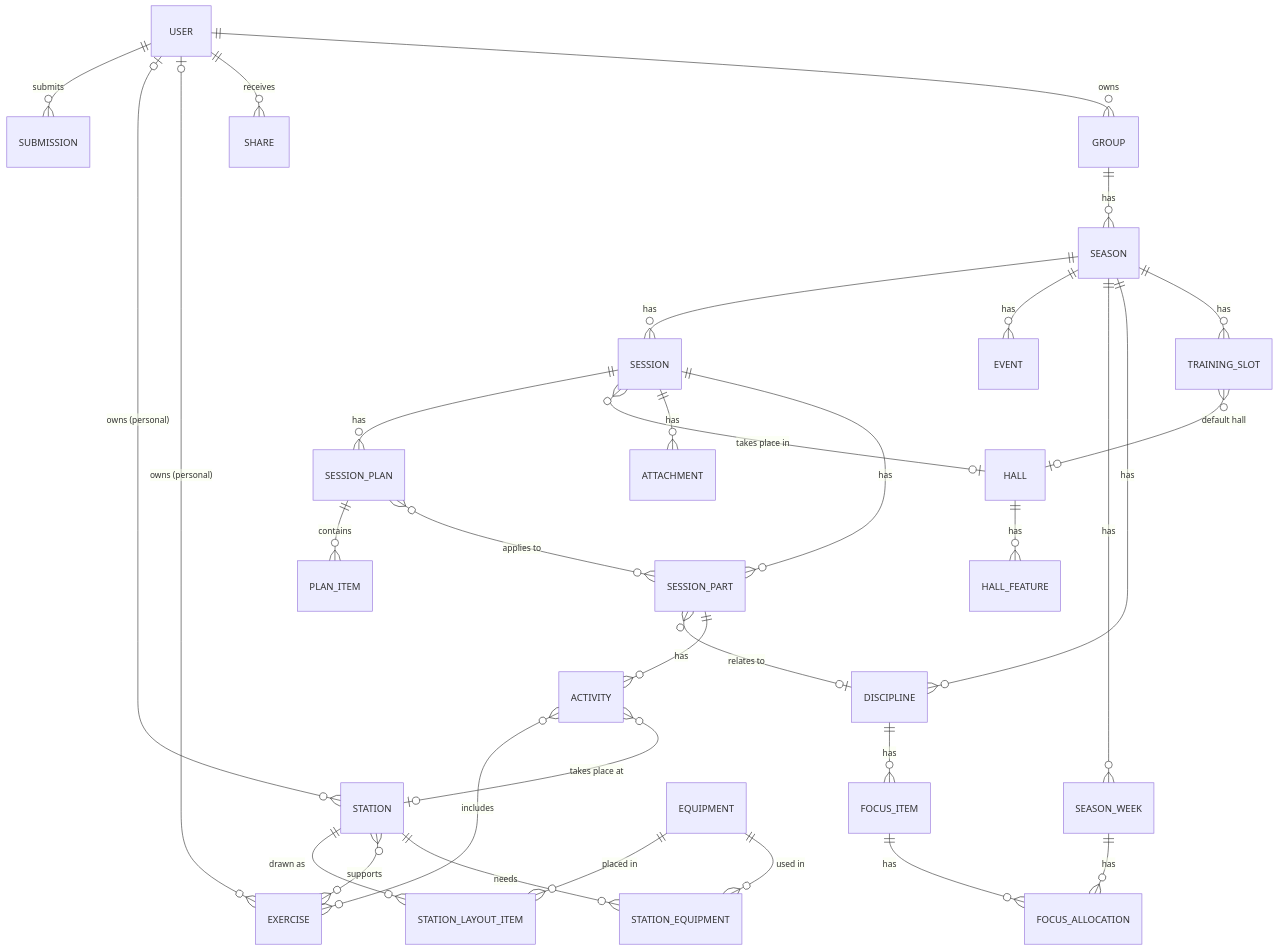
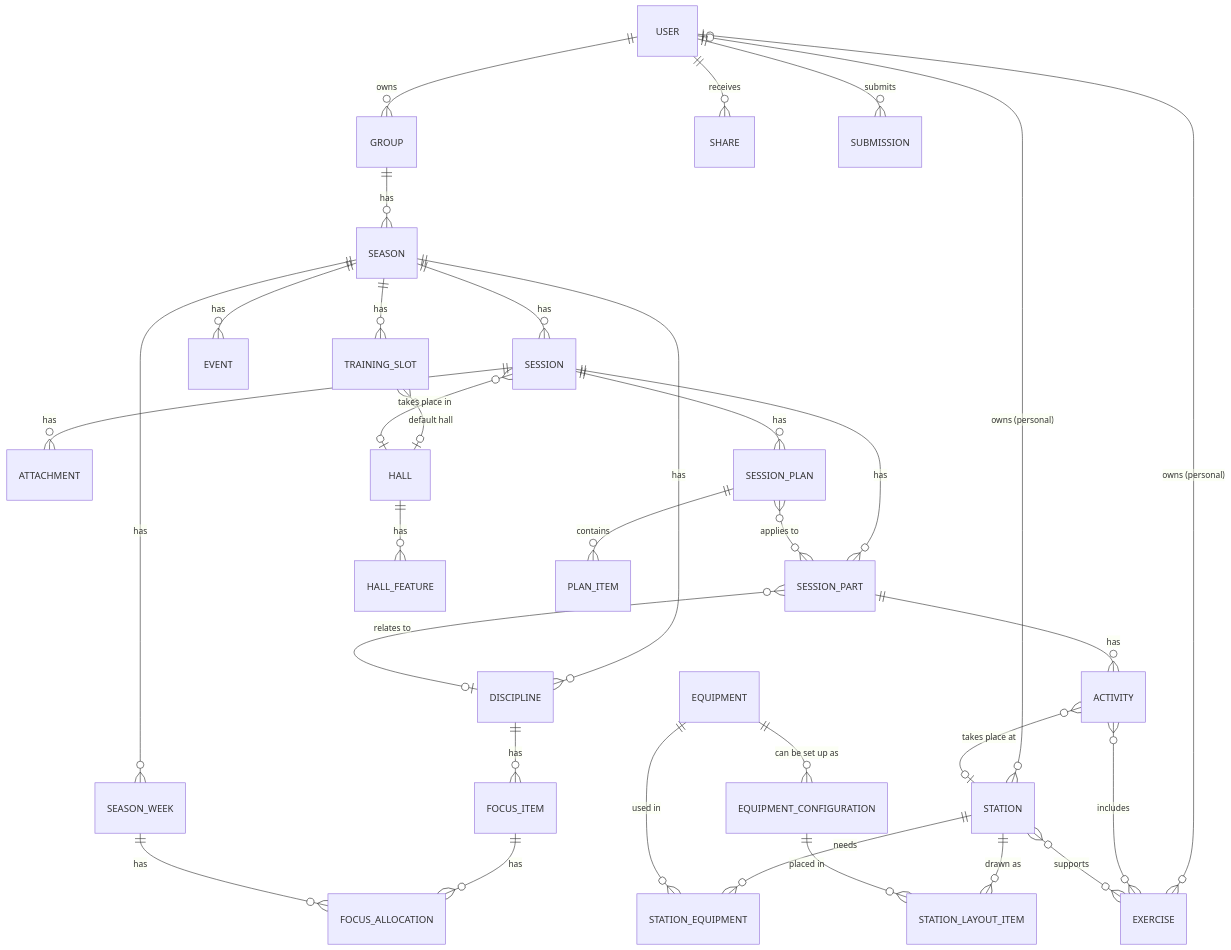
One commit to denka07/GymnasticsPlanner changed the diagram in docs/data-model.md. Above: the diagram before and after it, drawn with Mermaid. The commit also changed other lines of this file and 1 other file, not shown here.

Commit message:
Plan equipment configurations with their own size and image

````diff
--- a/docs/data-model.md
+++ b/docs/data-model.md
@@ -25,40 +25,41 @@
 ```mermaid
 erDiagram
     USER ||--o{ GROUP : owns
     USER ||--o{ SHARE : receives
     USER |o--o{ EXERCISE : "owns (personal)"
     USER |o--o{ STATION : "owns (personal)"
     USER ||--o{ SUBMISSION : submits
 
     GROUP ||--o{ SEASON : has
 
     SEASON ||--o{ TRAINING_SLOT : has
     SEASON ||--o{ DISCIPLINE : has
     SEASON ||--o{ SEASON_WEEK : has
     SEASON ||--o{ EVENT : has
     SEASON ||--o{ SESSION : has
 
     DISCIPLINE ||--o{ FOCUS_ITEM : has
     FOCUS_ITEM ||--o{ FOCUS_ALLOCATION : has
     SEASON_WEEK ||--o{ FOCUS_ALLOCATION : has
 
     SESSION ||--o{ SESSION_PART : has
     SESSION ||--o{ ATTACHMENT : has
     SESSION_PART ||--o{ ACTIVITY : has
     SESSION_PART }o--o| DISCIPLINE : "relates to"
     ACTIVITY }o--o| STATION : "takes place at"
     ACTIVITY }o--o{ EXERCISE : includes
 
     STATION ||--o{ STATION_EQUIPMENT : needs
     EQUIPMENT ||--o{ STATION_EQUIPMENT : "used in"
     STATION }o--o{ EXERCISE : supports
 
     HALL ||--o{ HALL_FEATURE : has
     TRAINING_SLOT }o--o| HALL : "default hall"
     SESSION }o--o| HALL : "takes place in"
     STATION ||--o{ STATION_LAYOUT_ITEM : "drawn as"
-    EQUIPMENT ||--o{ STATION_LAYOUT_ITEM : "placed in"
+    EQUIPMENT ||--o{ EQUIPMENT_CONFIGURATION : "can be set up as"
+    EQUIPMENT_CONFIGURATION ||--o{ STATION_LAYOUT_ITEM : "placed in"
     SESSION ||--o{ SESSION_PLAN : has
     SESSION_PLAN }o--o{ SESSION_PART : "applies to"
     SESSION_PLAN ||--o{ PLAN_ITEM : contains
 ```
````
